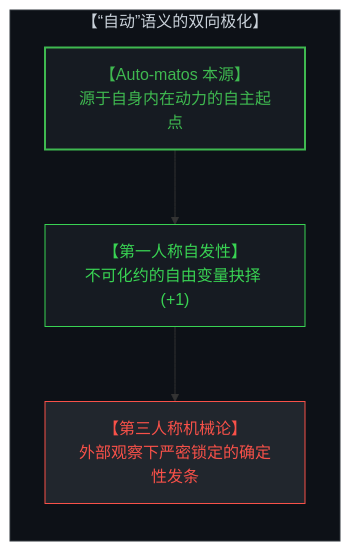
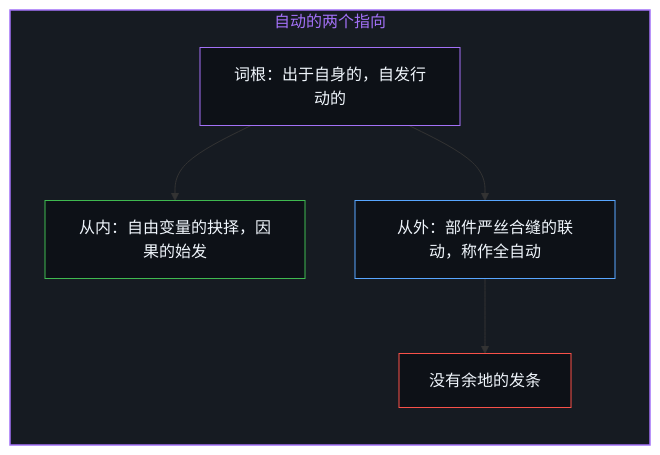
One commit to powerpig99/not-a-toe changed the seventh of 12 diagrams in content/posts/the-illusion-of-distance-and-the-dual-ruler.md. Above: the diagram before and after it, drawn with Mermaid. The commit also changed other lines of this file, not shown here.

Commit message:
Refine the-illusion-of-distance-and-the-dual-ruler: alternating bilingual layout, six paired diagrams, rules and the statistical overlap given their use, implicit first person

````diff
--- a/content/posts/the-illusion-of-distance-and-the-dual-ruler.md
+++ b/content/posts/the-illusion-of-distance-and-the-dual-ruler.md
@@ -129,15 +193,19 @@
 ```mermaid
-graph TD
-    subgraph AutomaticSplit["【“自动”语义的双向极化】"]
+flowchart TD
+    subgraph S_Auto["自动的两个指向"]
         direction TB
-        AutoRoot["【Auto-matos 本源】<br>源于自身内在动力的自主起点"]
-        SpontaneousChoice["【第一人称自发性】<br>不可化约的自由变量抉择 (+1)"]
-        ClockworkDeterminism["【第三人称机械论】<br>外部观察下严密锁定的确定性发条"]
-        AutoRoot --> SpontaneousChoice
-        SpontaneousChoice --> ClockworkDeterminism
+        Root["词根：出于自身的，自发行动的"]
+        Inner["从内：自由变量的抉择，因果的始发"]
+        Outer["从外：部件严丝合缝的联动，称作全自动"]
+        Clock["没有余地的发条"]
+        Root --> Inner
+        Root --> Outer
+        Outer --> Clock
     end
-    style AutomaticSplit fill:#0d1117,stroke:#30363d,stroke-width:1px,color:#c9d1d9
-    style AutoRoot fill:#161b22,stroke:#3fb950,stroke-width:2px,color:#3fb950
-    style SpontaneousChoice fill:#161b22,stroke:#39d353,stroke-width:1px,color:#39d353
-    style ClockworkDeterminism fill:#21262d,stroke:#f85149,stroke-width:1px,color:#f85149
+
+    style S_Auto fill:#161b22,stroke:#a371f7,stroke-width:1.5px,color:#a371f7
+    style Root fill:#0d1117,stroke:#a371f7,stroke-width:1px,color:#f0f6fc
+    style Inner fill:#0d1117,stroke:#3fb950,stroke-width:1px,color:#f0f6fc
+    style Outer fill:#0d1117,stroke:#58a6ff,stroke-width:1px,color:#f0f6fc
+    style Clock fill:#0d1117,stroke:#f85149,stroke-width:1px,color:#f0f6fc
 ```
````
